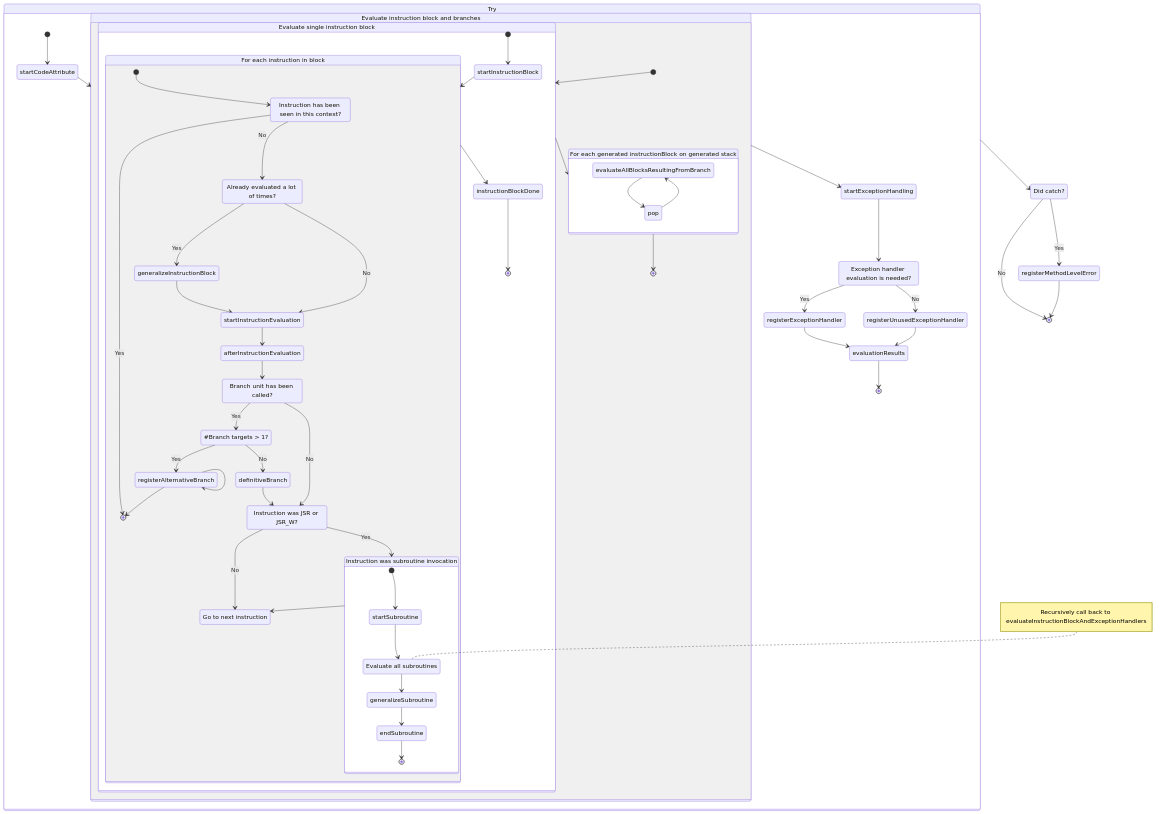
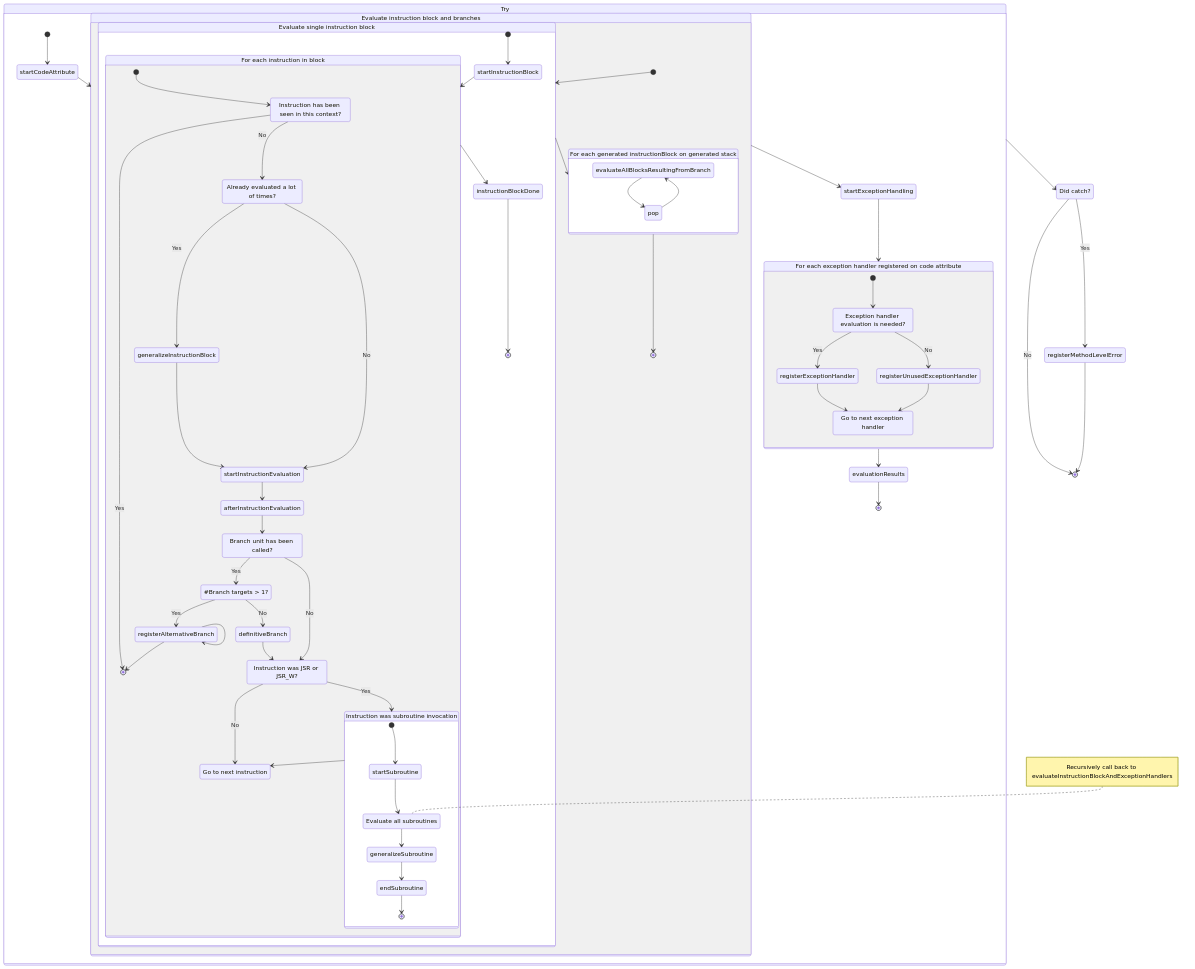
One commit to Guardsquare/proguard-core changed the diagram in docs/md/partialevaluator.md. Above: the diagram before and after it, drawn with Mermaid. The commit also changed 6 other files, not shown here.

```diff
--- a/docs/md/partialevaluator.md
+++ b/docs/md/partialevaluator.md
@@ -578,12 +578,18 @@
             L6 --> [*]
         }
         L1 --> startExceptionHandling
-        BR7: Exception handler evaluation is needed?
-        startExceptionHandling --> BR7
-        BR7 --> registerExceptionHandler: Yes
-        BR7 --> registerUnusedExceptionHandler: No
-        registerExceptionHandler --> evaluationResults
-        registerUnusedExceptionHandler --> evaluationResults
+        L7: For each exception handler registered on code attribute
+        startExceptionHandling --> L7
+        state L7 {
+            BR7: Exception handler evaluation is needed?
+            [*] --> BR7
+            BR7 --> registerExceptionHandler: Yes
+            BR7 --> registerUnusedExceptionHandler: No
+            nextExceptionHandler: Go to next exception handler
+            registerExceptionHandler --> nextExceptionHandler
+            registerUnusedExceptionHandler --> nextExceptionHandler
+        }
+        L7 --> evaluationResults
         evaluationResults --> [*]
     }
     catch: Did catch?
```
